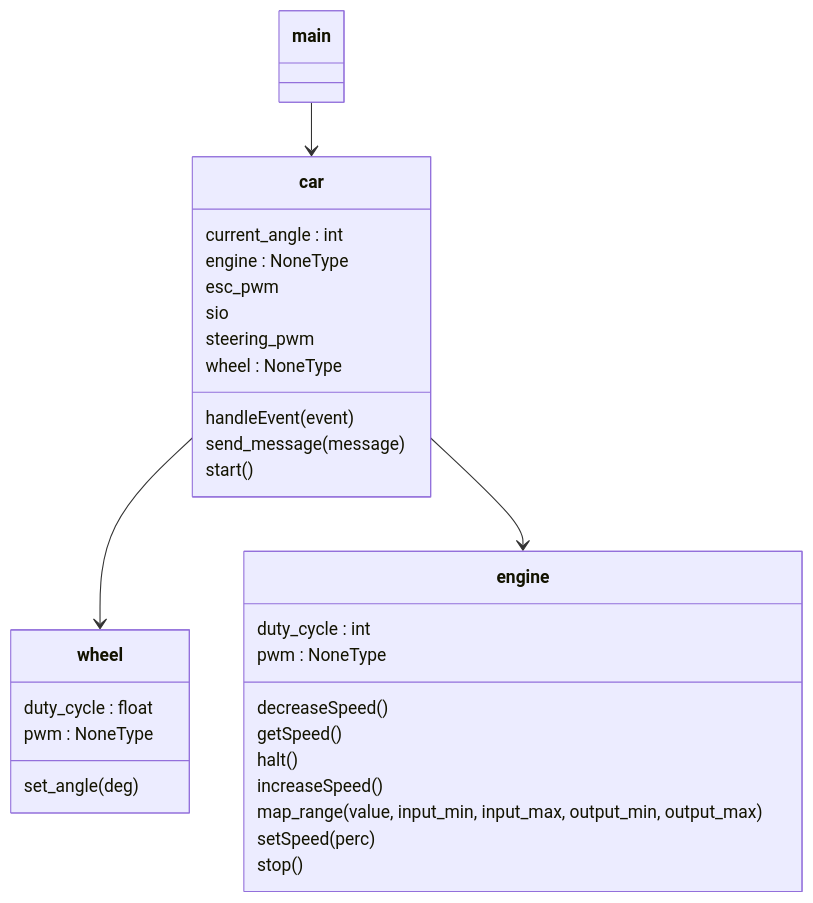
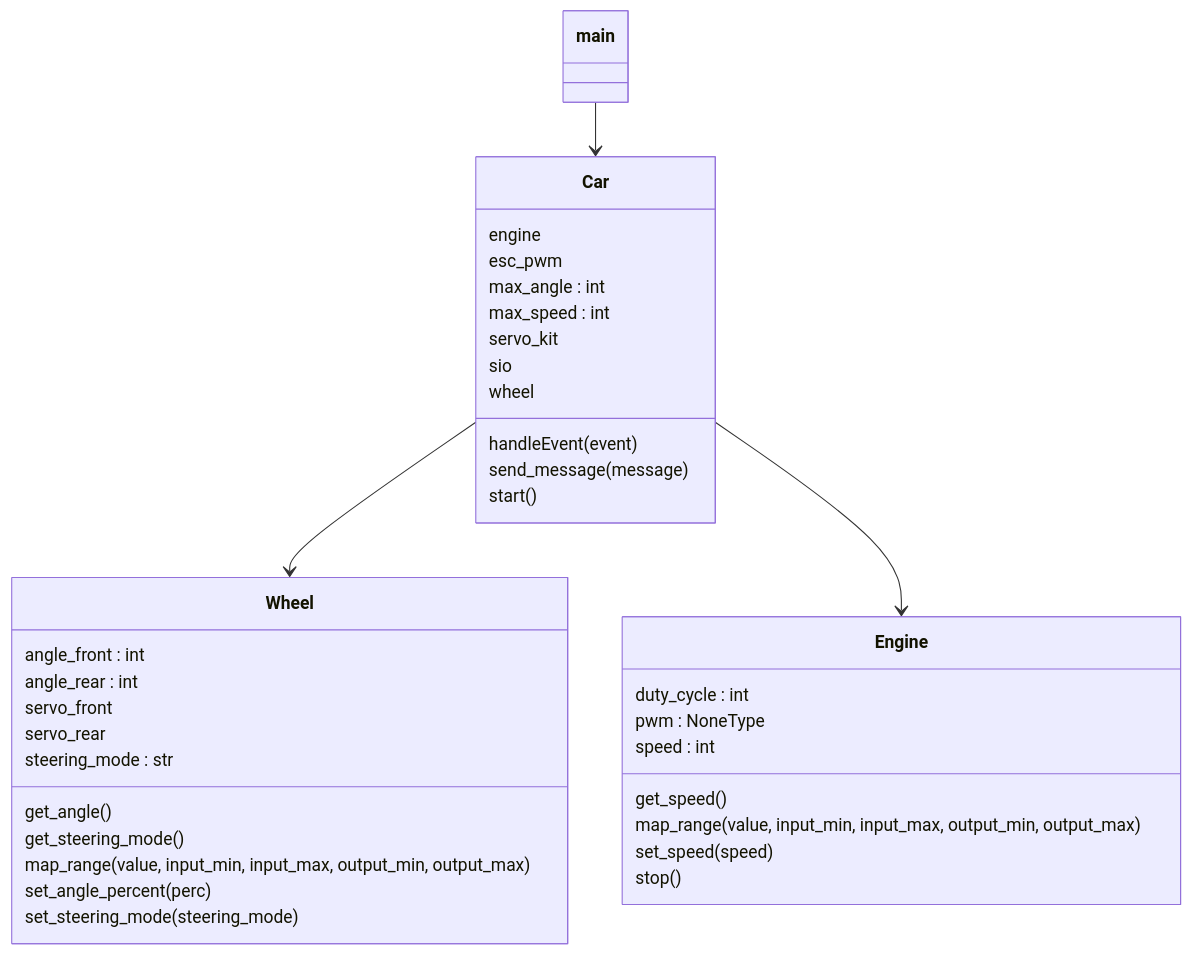
Before and after one commit to KingJacker/Vidricur25: the diagram in UML/fixed.mmd, drawn with Mermaid. The commit also changed 1 other file, not shown here.

Commit message:
updated uml

```diff
--- a/UML/fixed.mmd
+++ b/UML/fixed.mmd
@@ -1,33 +1,39 @@
 classDiagram
-  class car {
-    current_angle : int
-    engine : NoneType
+  class Car {
+    engine
     esc_pwm
+    max_angle : int
+    max_speed : int
+    servo_kit
     sio
-    steering_pwm
-    wheel : NoneType
+    wheel
     handleEvent(event)
     send_message(message)
     start()
   }
-  class engine {
+  class Engine {
     duty_cycle : int
     pwm : NoneType
-    decreaseSpeed()
-    getSpeed()
-    halt()
-    increaseSpeed()
+    speed : int
+    get_speed()
     map_range(value, input_min, input_max, output_min, output_max)
-    setSpeed(perc)
+    set_speed(speed)
     stop()
   }
-  class wheel {
-    duty_cycle : float
-    pwm : NoneType
-    set_angle(deg)
+  class Wheel {
+    angle_front : int
+    angle_rear : int
+    servo_front
+    servo_rear
+    steering_mode : str
+    get_angle()
+    get_steering_mode()
+    map_range(value, input_min, input_max, output_min, output_max)
+    set_angle_percent(perc)
+    set_steering_mode(steering_mode)
   }
   class main {
   }
-  car --> wheel
-  car --> engine
-  main --> car
+  Car --> Wheel
+  Car --> Engine
+  main --> Car
```
